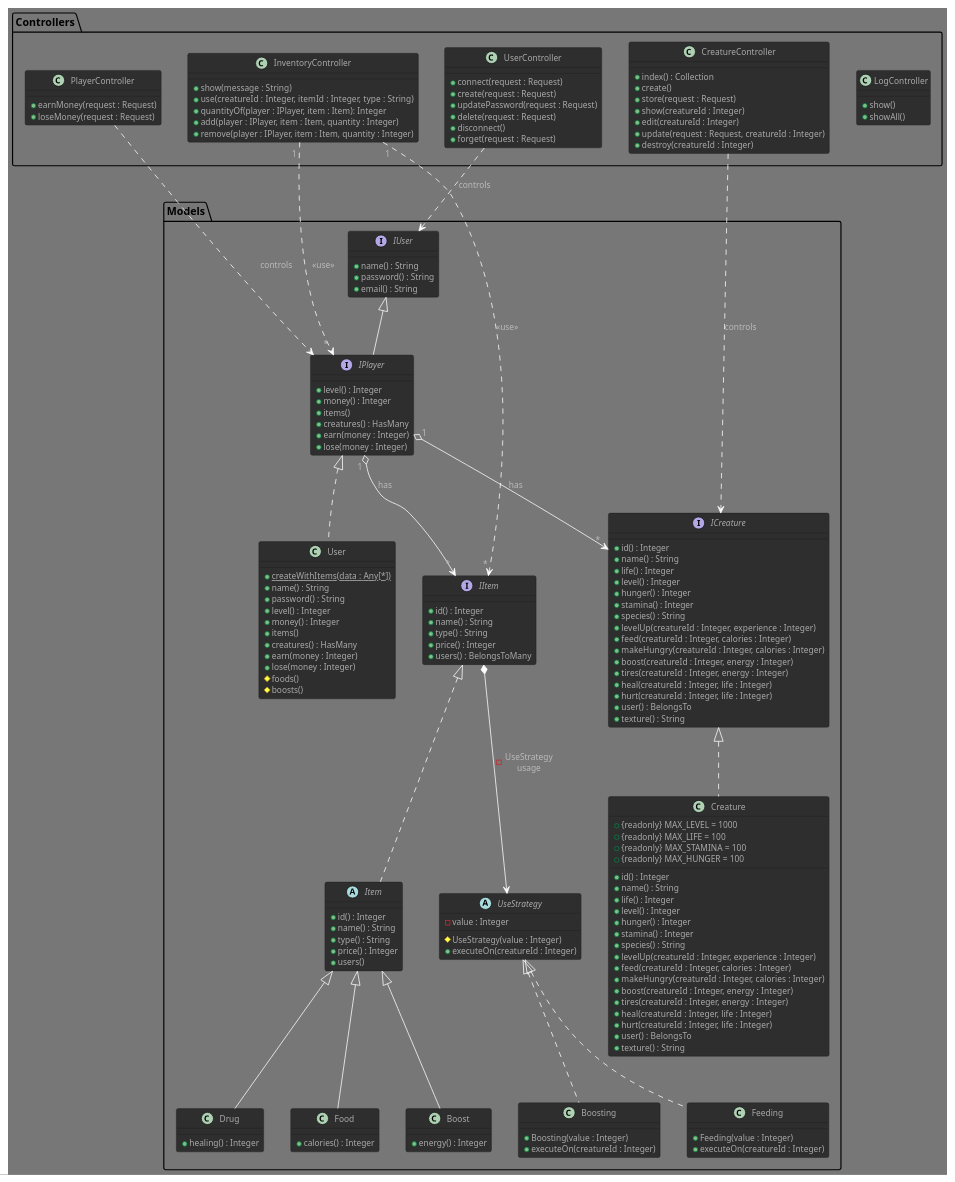
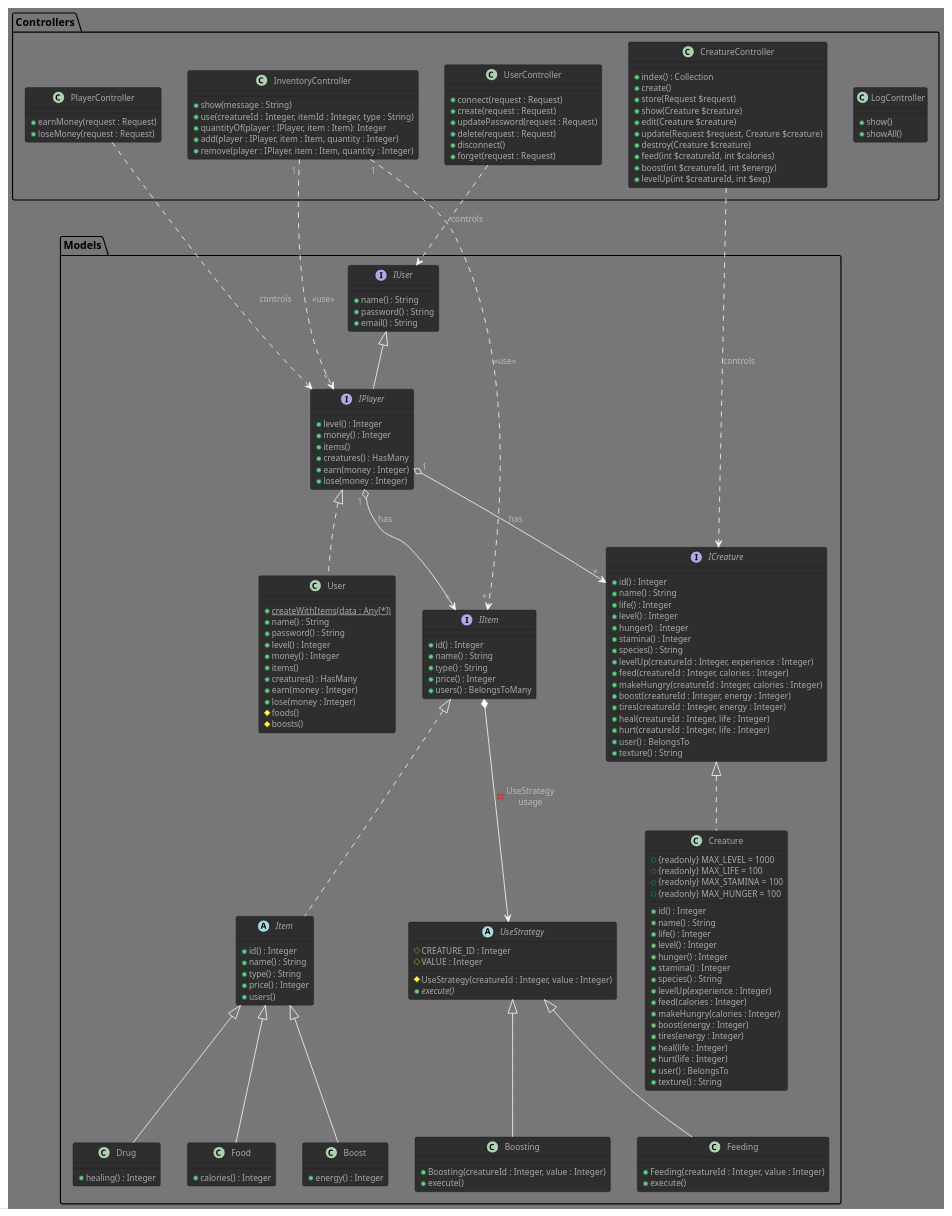
The diagram in VirtualNoe.puml (GlazKrovi/VirtualNoe), drawn with PlantUML before and after one commit. The commit also changed 2 other files, not shown here.

Commit message:
add feed strategy

```diff
--- a/VirtualNoe.puml
+++ b/VirtualNoe.puml
@@ -1,186 +1,189 @@
 @startuml VirtualNoe
 
 !theme reddress-darkgreen
 
 package Models
 {
     interface IUser {
         + name() : String
         + password() : String
         + email() : String
     }
 
     interface IPlayer extends IUser
     {
         + level() : Integer /' sum of his creatures' exp '/
         + money() : Integer
         + items()
         + creatures() : HasMany
         + earn(money : Integer)
         + lose(money : Integer)
     }
     IPlayer" 1 " o--> " * "IItem : has
     IPlayer" 1 " o--> " * "ICreature : has
 
     class User implements IPlayer
     {
         + {static} createWithItems(data : Any[*])
         + name() : String
         + password() : String
         + level() : Integer
         + money() : Integer
         + items()
         +  creatures() : HasMany
         + earn(money : Integer)
         + lose(money : Integer)
         # foods()
         # boosts()
     }
 
     interface IItem
     {
         + id() : Integer
         + name() : String
         + type() : String
         + price() : Integer
         + users() : BelongsToMany /' get owners '/
     }
     IItem *--> UseStrategy : - UseStrategy\nusage
 
     abstract class Item implements IItem
     {
         + id() : Integer
         + name() : String
         + type() : String
         + price() : Integer
         + users()
     }
 
     class Food extends Item
     {
         + calories() : Integer
     }
 
     class Boost extends Item
     {
         + energy() : Integer
     }
 
     /' TODO '/
     class Drug extends Item
     {
         + healing() : Integer
     }
 
     interface ICreature
     {
         + id() : Integer
         + name() : String
         + life() : Integer
         + level() : Integer
         + hunger() : Integer
         + stamina() : Integer
         + species() : String
         + levelUp(creatureId : Integer, experience : Integer)
         + feed(creatureId : Integer, calories : Integer) /' + '/
         + makeHungry(creatureId : Integer, calories : Integer) /' - '/
         + boost(creatureId : Integer, energy : Integer) /' + '/
         + tires(creatureId : Integer, energy : Integer) /' - '/
         + heal(creatureId : Integer, life : Integer) /' + '/
         + hurt(creatureId : Integer, life : Integer) /' - '/
         + user() : BelongsTo
         + texture() : String
     }
 
     class Creature implements ICreature
     {
         + {readonly} MAX_LEVEL = 1000
         + {readonly} MAX_LIFE = 100
         + {readonly} MAX_STAMINA = 100
         + {readonly} MAX_HUNGER = 100
         + id() : Integer
         + name() : String
         + life() : Integer
         + level() : Integer
         + hunger() : Integer
         + stamina() : Integer
         + species() : String
-        + levelUp(creatureId : Integer, experience : Integer)
-        + feed(creatureId : Integer, calories : Integer) /' + '/
-        + makeHungry(creatureId : Integer, calories : Integer) /' - '/
-        + boost(creatureId : Integer, energy : Integer) /' + '/
-        + tires(creatureId : Integer, energy : Integer) /' - '/
-        + heal(creatureId : Integer, life : Integer) /' + '/
-        + hurt(creatureId : Integer, life : Integer) /' - '/
+        + levelUp(experience : Integer)
+        + feed(calories : Integer) /' + '/
+        + makeHungry(calories : Integer) /' - '/
+        + boost(energy : Integer) /' + '/
+        + tires(energy : Integer) /' - '/
+        + heal(life : Integer) /' + '/
+        + hurt(life : Integer) /' - '/
         + user() : BelongsTo
         + texture() : String
     }
 
     /' Item Strategy '/
     abstract UseStrategy {
-        - value : Integer
-        # UseStrategy(value : Integer)
-        + executeOn(creatureId : Integer)
+        # CREATURE_ID : Integer
+        # VALUE : Integer
+        # UseStrategy(creatureId : Integer, value : Integer)
+        + {abstract} execute()
     }
 
-    class Feeding implements UseStrategy{
-        + Feeding(value : Integer)
-        + executeOn(creatureId : Integer)
+    class Feeding extends UseStrategy{
+        + Feeding(creatureId : Integer, value : Integer)
+        + execute()
     }
 
-    class Boosting implements UseStrategy{
-        + Boosting(value : Integer)
-        + executeOn(creatureId : Integer)
+    class Boosting extends UseStrategy{
+        + Boosting(creatureId : Integer, value : Integer)
+        + execute()
     }
     /' TODO '/
 }
 
 package Controllers
 {
     class LogController
     {
         +  show()
         +  showAll()
     }
 
     class InventoryController   /' use IPlayer '/
     {
         + show(message : String)
         + use(creatureId : Integer, itemId : Integer, type : String)
         + quantityOf(player : IPlayer, item : Item): Integer
         + add(player : IPlayer, item : Item, quantity : Integer)
         + remove(player : IPlayer, item : Item, quantity : Integer)
     }
     InventoryController" 1 " ..> " * "IPlayer : <<use>>
     InventoryController" 1 " ..> " * "IItem : <<use>>
 
     class UserController {
         + connect(request : Request)
         + create(request : Request)
         + updatePassword(request : Request)
         + delete(request : Request)
         + disconnect()
         + forget(request : Request)
     }
     UserController ..> IUser : controls
 
     class PlayerController {
         + earnMoney(request : Request)
         + loseMoney(request : Request)
     }
     PlayerController ..> IPlayer : controls
 
-    class CreatureController
-    {
+    class CreatureController {
         + index() : Collection
         + create()
-        + store(request : Request)
-        + show(creatureId : Integer)
-        + edit(creatureId : Integer)
-        + update(request : Request, creatureId : Integer)
-        + destroy(creatureId : Integer)
+        + store(Request $request)
+        + show(Creature $creature)
+        + edit(Creature $creature)
+        + update(Request $request, Creature $creature)
+        + destroy(Creature $creature)
+        + feed(int $creatureId, int $calories)
+        + boost(int $creatureId, int $energy)
+        + levelUp(int $creatureId, int $exp)
     }
     CreatureController ..> ICreature : controls
 }
 
 @enduml
```
